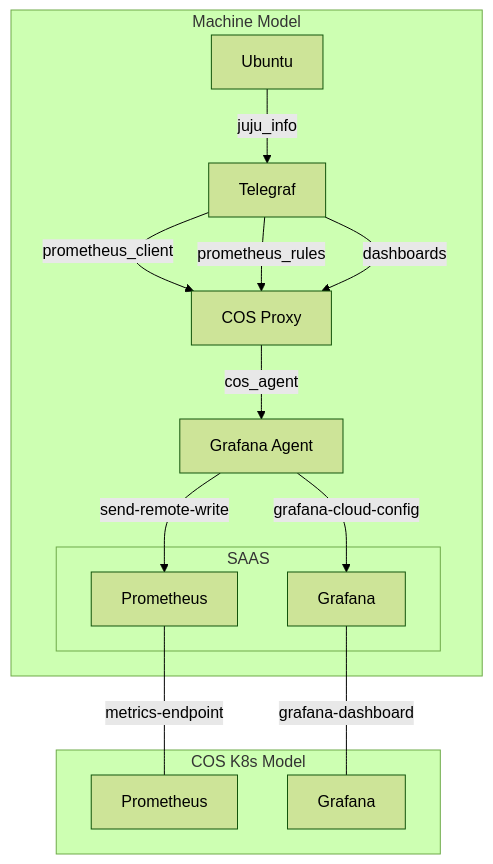
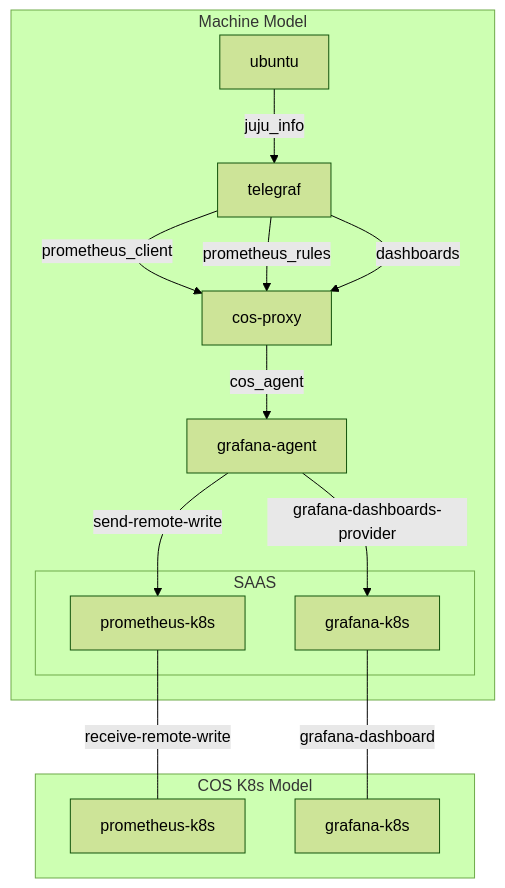
Before and after one commit to canonical/cos-proxy-operator: the second of 2 diagrams in INTEGRATING.md, drawn with Mermaid (forest theme). The commit also changed other lines of this file and 3 other files, not shown here.

````diff
--- a/INTEGRATING.md
+++ b/INTEGRATING.md
@@ -65,40 +66,40 @@
 ```mermaid
 graph TD
     %% COS Lite K8s Subgraph
     subgraph cos-k8s["COS K8s Model"]
-        prometheus["Prometheus"]
-        grafana["Grafana"]
+        prometheus["prometheus-k8s"]
+        grafana["grafana-k8s"]
         
 
     end
 
     %% Machine Model Subgraph
     subgraph reactive-model["Machine Model"]
-        ubuntu["Ubuntu"]
-        telegraf["Telegraf"]
-        cos_proxy["COS Proxy"]
-        grafana-agent["Grafana Agent"]
+        ubuntu["ubuntu"]
+        telegraf["telegraf"]
+        cos_proxy["cos-proxy"]
+        grafana-agent["grafana-agent"]
 
         %% Connections
         ubuntu --> |juju_info| telegraf
         telegraf --> |prometheus_client| cos_proxy
         telegraf --> |prometheus_rules| cos_proxy
         telegraf --> |dashboards| cos_proxy
 
         cos_proxy --> |cos_agent| grafana-agent
 
         %% cos-proxy to SAAS Connections
         grafana-agent --> |send-remote-write| PSAAS
-        grafana-agent --> |grafana-cloud-config| GSAAS
+        grafana-agent --> |grafana-dashboards-provider| GSAAS
 
         %% SAAS Subgraph
         subgraph SAAS["SAAS"]
-            GSAAS["Grafana"]
-            PSAAS["Prometheus"]
+            GSAAS["grafana-k8s"]
+            PSAAS["prometheus-k8s"]
 
             %% SAAS to COS Model Connections
             GSAAS --- |grafana-dashboard| grafana
-            PSAAS --- |metrics-endpoint| prometheus
+            PSAAS --- |receive-remote-write| prometheus
         end
     end
 ```
````
